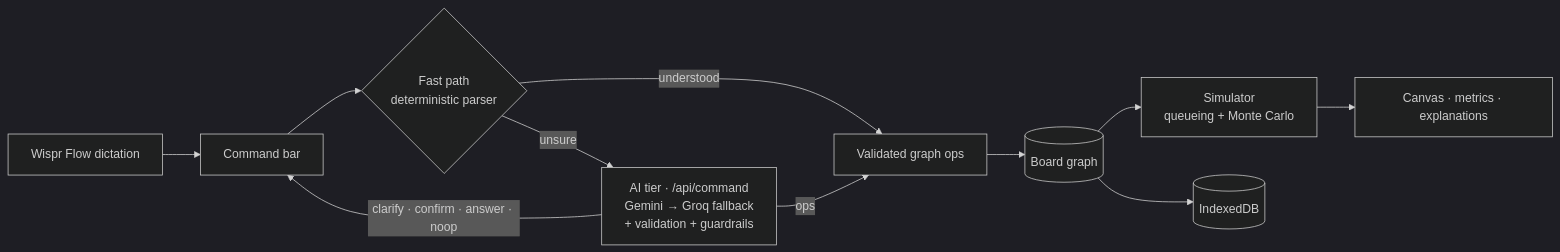
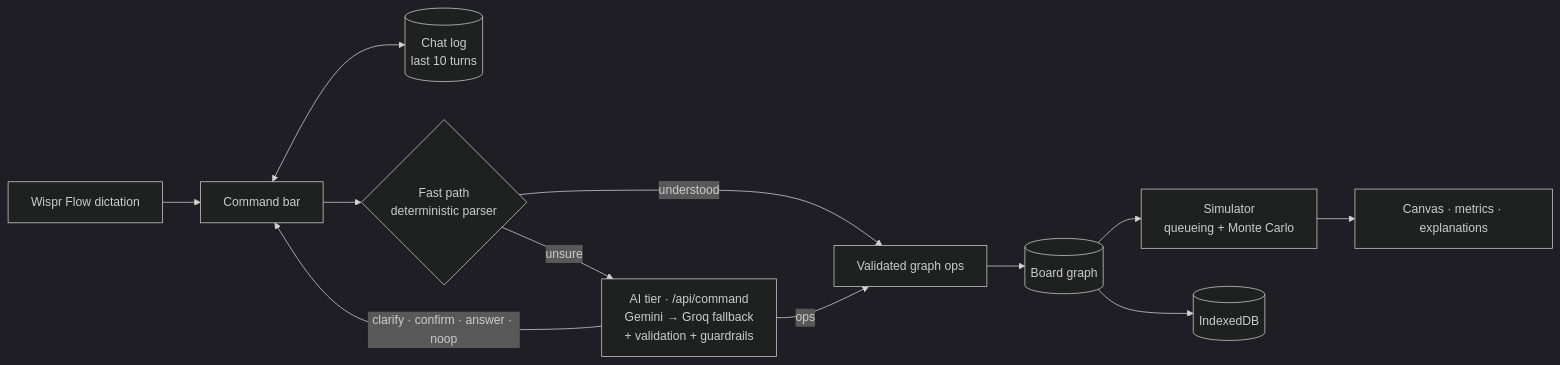
Before and after one commit to im-shourya/Archie: the diagram in README.md, drawn with Mermaid (dark theme). The commit also changed other lines of this file and 12 other files, not shown here.

````diff
--- a/README.md
+++ b/README.md
@@ -98,13 +103,14 @@
 ```mermaid
 flowchart LR
     V[Wispr Flow dictation] --> C[Command bar]
+    C <--> H[(Chat log<br/>last 10 turns)]
     C --> F{Fast path<br/>deterministic parser}
     F -- understood --> O[Validated graph ops]
     F -- unsure --> A[AI tier · /api/command<br/>Gemini → Groq fallback<br/>+ validation + guardrails]
     A -- ops --> O
     A -- clarify · confirm · answer · noop --> C
     O --> G[(Board graph)]
     G --> S[Simulator<br/>queueing + Monte Carlo]
     S --> U[Canvas · metrics · explanations]
     G --> D[(IndexedDB)]
 ```
````
